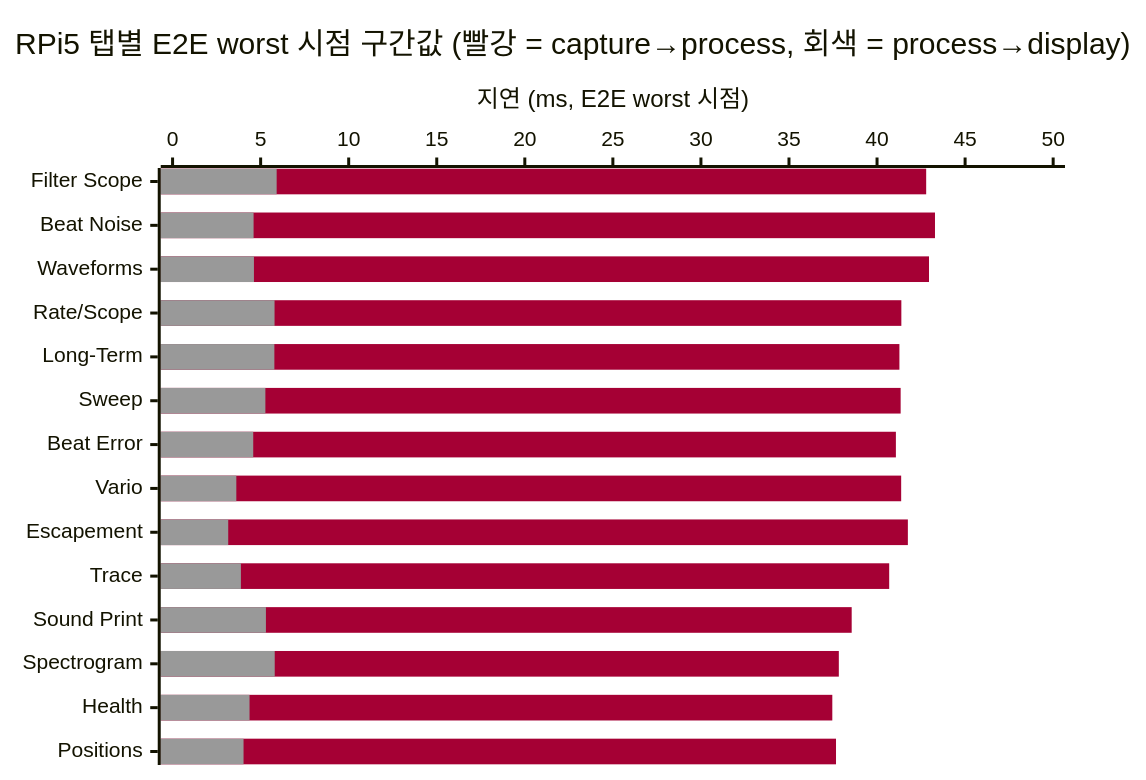
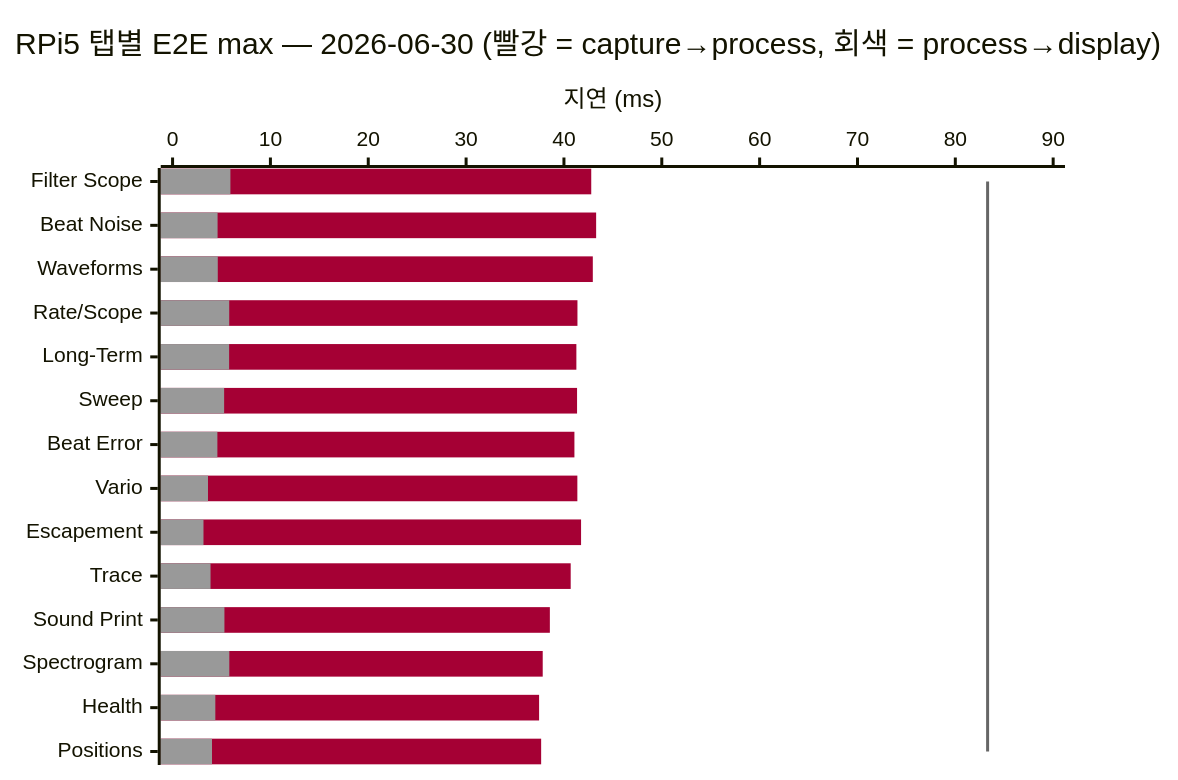
Before and after one commit to lgcmu2026-team5/TimeGrapher-Docs: the fourth of 6 diagrams in Milestone/ko/4-Planned-Experiments.md, drawn with Mermaid. The commit also changed other lines of this file and 1 other file, not shown here.

Commit message:
docs: split EXP-03 June 30 E2E chart

````diff
--- a/Milestone/ko/4-Planned-Experiments.md
+++ b/Milestone/ko/4-Planned-Experiments.md
@@ -205,9 +192,10 @@
 ```mermaid
-%%{init: {"themeVariables": {"xyChart": {"plotColorPalette": "#A50034, #999999"}}}}%%
+%%{init: {"themeVariables": {"xyChart": {"plotColorPalette": "#A50034, #999999, #666666"}}}}%%
 xychart-beta horizontal
-    title "RPi5 탭별 E2E worst 시점 구간값 (빨강 = capture→process, 회색 = process→display)"
+    title "RPi5 탭별 E2E max — 2026-06-30 (빨강 = capture→process, 회색 = process→display)"
     x-axis ["Filter Scope", "Beat Noise", "Waveforms", "Rate/Scope", "Long-Term", "Sweep", "Beat Error", "Vario", "Escapement", "Trace", "Sound Print", "Spectrogram", "Health", "Positions"]
-    y-axis "지연 (ms, E2E worst 시점)" 0 --> 50
+    y-axis "지연 (ms)" 0 --> 90
     bar [42.79, 43.29, 42.95, 41.38, 41.27, 41.34, 41.07, 41.37, 41.75, 40.69, 38.56, 37.83, 37.46, 37.67]
     bar [5.91, 4.60, 4.62, 5.79, 5.78, 5.27, 4.58, 3.62, 3.16, 3.88, 5.30, 5.80, 4.37, 4.03]
+    line [83.3, 83.3, 83.3, 83.3, 83.3, 83.3, 83.3, 83.3, 83.3, 83.3, 83.3, 83.3, 83.3, 83.3]
 ```
````
